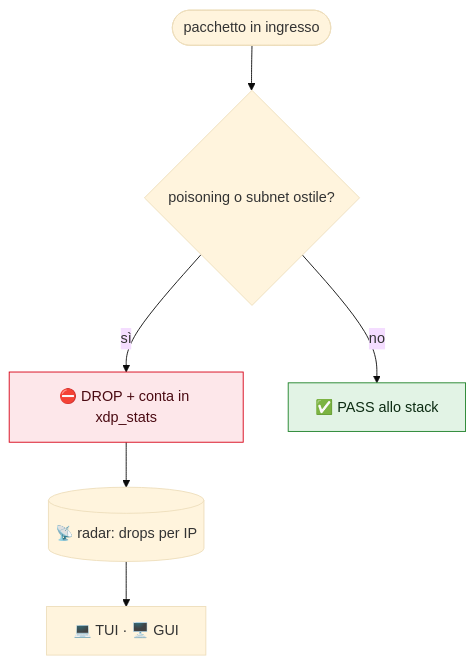
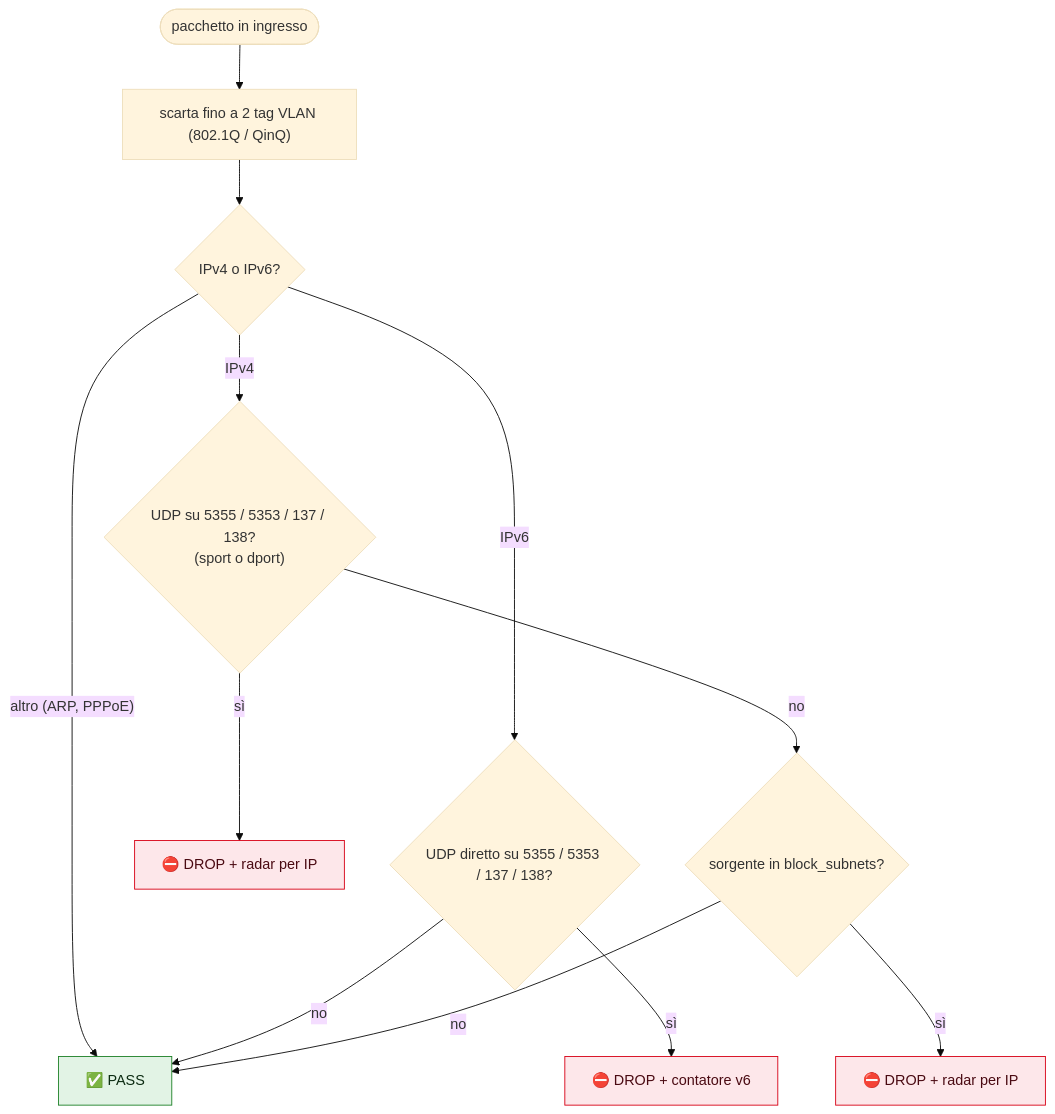
The first of 2 diagrams in README.md (ZioZoni95/ZeroShield), drawn with Mermaid (base theme) before and after one commit. The commit also changed other lines of this file and 34 other files, not shown here.

First line of the commit message:
harden: canary owner/allow_exe/dropin, root daemon ignores env sockets, XDP QinQ+IPv6, LSM map caps + inotify rescan (#23)

````diff
--- a/README.md
+++ b/README.md
@@ -90,13 +125,18 @@
 ```mermaid
 flowchart TD
-    PKT(["pacchetto in ingresso"]) --> XDP{"poisoning o subnet ostile?"}
-    XDP -- "sì" --> DROP["⛔ DROP + conta in xdp_stats"]
-    XDP -- "no" --> PASS["✅ PASS allo stack"]
-    DROP --> RADAR[("📡 radar: drops per IP")]
-    RADAR --> UI1["💻 TUI · 🖥️ GUI"]
-
+    PKT(["pacchetto in ingresso"]) --> VLAN["scarta fino a 2 tag VLAN (802.1Q / QinQ)"]
+    VLAN --> L3{"IPv4 o IPv6?"}
+    L3 -- "altro (ARP, PPPoE)" --> PASS["✅ PASS"]
+    L3 -- "IPv6" --> P6{"UDP diretto su 5355 / 5353 / 137 / 138?"}
+    P6 -- "sì" --> D6["⛔ DROP + contatore v6"]
+    P6 -- "no" --> PASS
+    L3 -- "IPv4" --> P4{"UDP su 5355 / 5353 / 137 / 138?<br/>(sport o dport)"}
+    P4 -- "sì" --> D4["⛔ DROP + radar per IP"]
+    P4 -- "no" --> SUB{"sorgente in block_subnets?"}
+    SUB -- "sì" --> D4S["⛔ DROP + radar per IP"]
+    SUB -- "no" --> PASS
     classDef deny fill:#fde7ea,stroke:#d70015,color:#4a0a12;
     classDef ok fill:#e2f3e5,stroke:#1d8127,color:#0c2b12;
-    class DROP deny;
+    class D6,D4,D4S deny;
     class PASS ok;
 ```
````
